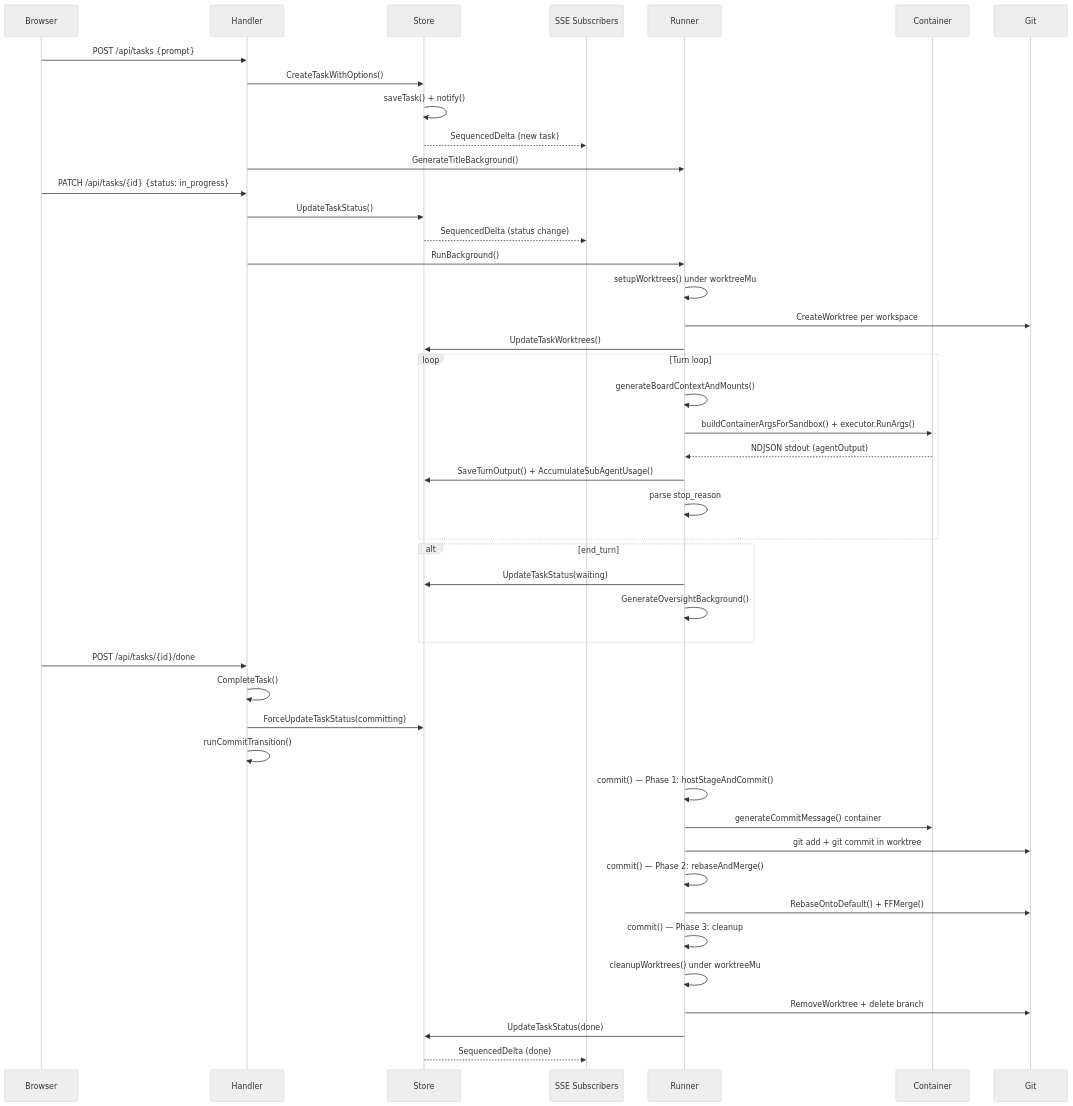
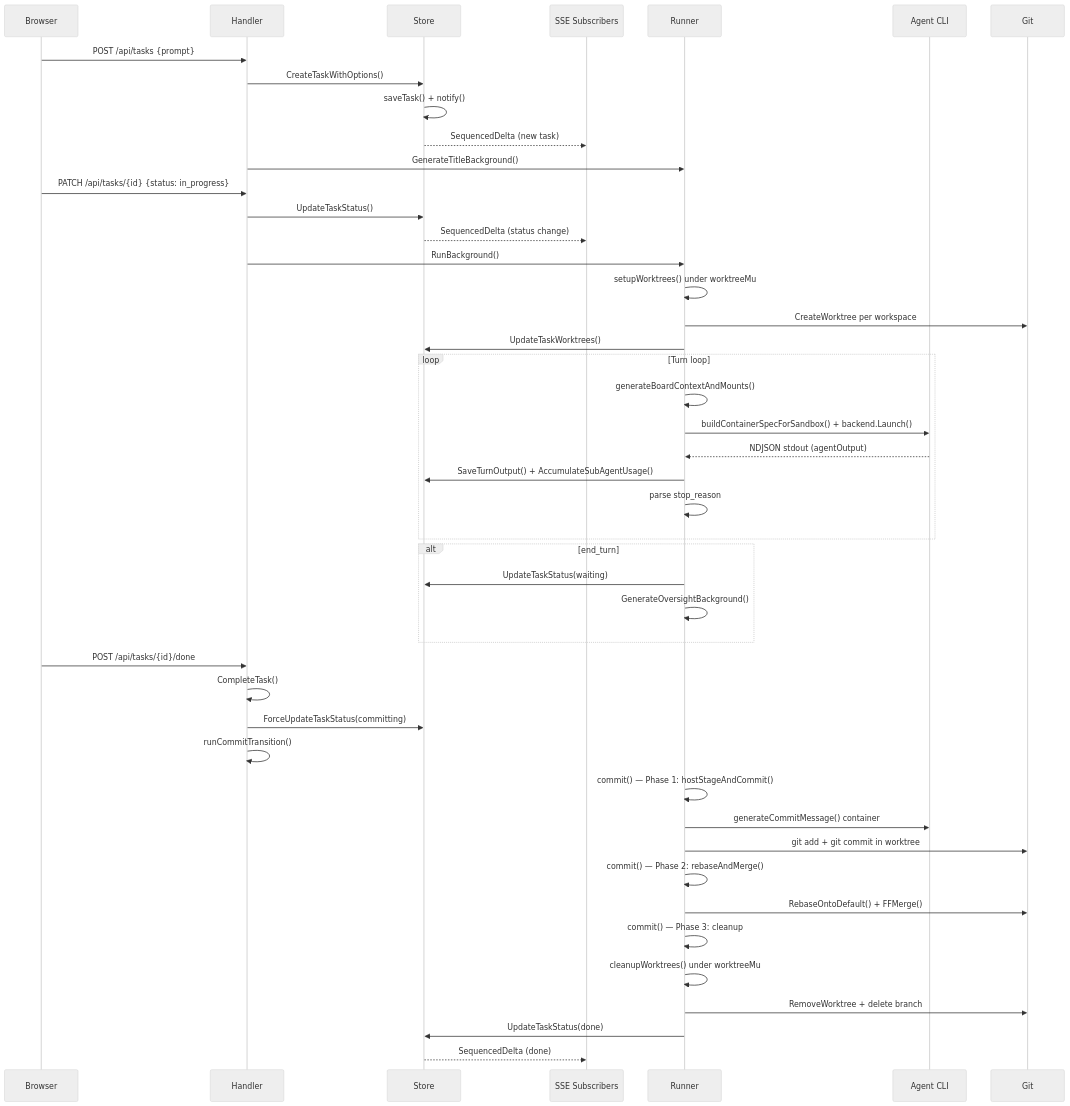
One commit to changkun/wallfacer changed the fifth of 6 diagrams in docs/internals/architecture.md. Above: the diagram before and after it, drawn with Mermaid (neutral theme). The commit also changed other lines of this file and 4 other files, not shown here.

First line of the commit message:
docs: finish host-only scrub of removed CLI surface and exec flow

````diff
--- a/docs/internals/architecture.md
+++ b/docs/internals/architecture.md
@@ -158,57 +158,57 @@
 ```mermaid
 sequenceDiagram
     participant B as Browser
     participant H as Handler
     participant S as Store
     participant SSE as SSE Subscribers
     participant R as Runner
-    participant C as Container
+    participant C as Agent CLI
     participant G as Git
 
     B->>H: POST /api/tasks {prompt}
     H->>S: CreateTaskWithOptions()
     S->>S: saveTask() + notify()
     S-->>SSE: SequencedDelta (new task)
     H->>R: GenerateTitleBackground()
 
     B->>H: PATCH /api/tasks/{id} {status: in_progress}
     H->>S: UpdateTaskStatus()
     S-->>SSE: SequencedDelta (status change)
     H->>R: RunBackground()
 
     R->>R: setupWorktrees() under worktreeMu
     R->>G: CreateWorktree per workspace
     R->>S: UpdateTaskWorktrees()
 
     loop Turn loop
         R->>R: generateBoardContextAndMounts()
-        R->>C: buildContainerArgsForSandbox() + executor.RunArgs()
+        R->>C: buildContainerSpecForSandbox() + backend.Launch()
         C-->>R: NDJSON stdout (agentOutput)
         R->>S: SaveTurnOutput() + AccumulateSubAgentUsage()
         R->>R: parse stop_reason
     end
 
     alt end_turn
         R->>S: UpdateTaskStatus(waiting)
         R->>R: GenerateOversightBackground()
     end
 
     B->>H: POST /api/tasks/{id}/done
     H->>H: CompleteTask()
     H->>S: ForceUpdateTaskStatus(committing)
     H->>H: runCommitTransition()
 
     R->>R: commit() — Phase 1: hostStageAndCommit()
     R->>C: generateCommitMessage() container
     R->>G: git add + git commit in worktree
 
     R->>R: commit() — Phase 2: rebaseAndMerge()
     R->>G: RebaseOntoDefault() + FFMerge()
 
     R->>R: commit() — Phase 3: cleanup
     R->>R: cleanupWorktrees() under worktreeMu
     R->>G: RemoveWorktree + delete branch
 
     R->>S: UpdateTaskStatus(done)
     S-->>SSE: SequencedDelta (done)
 ```
````
